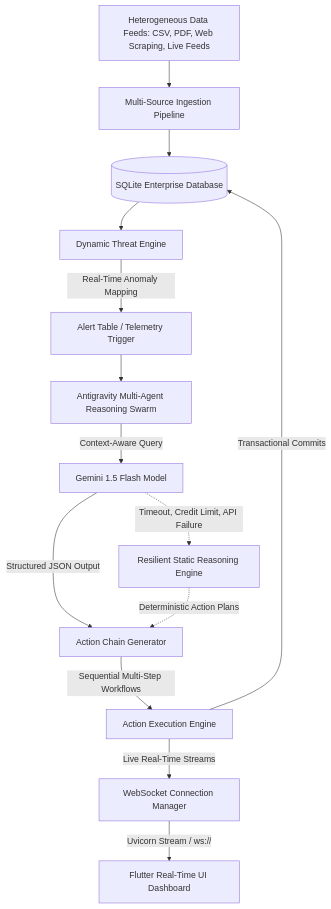
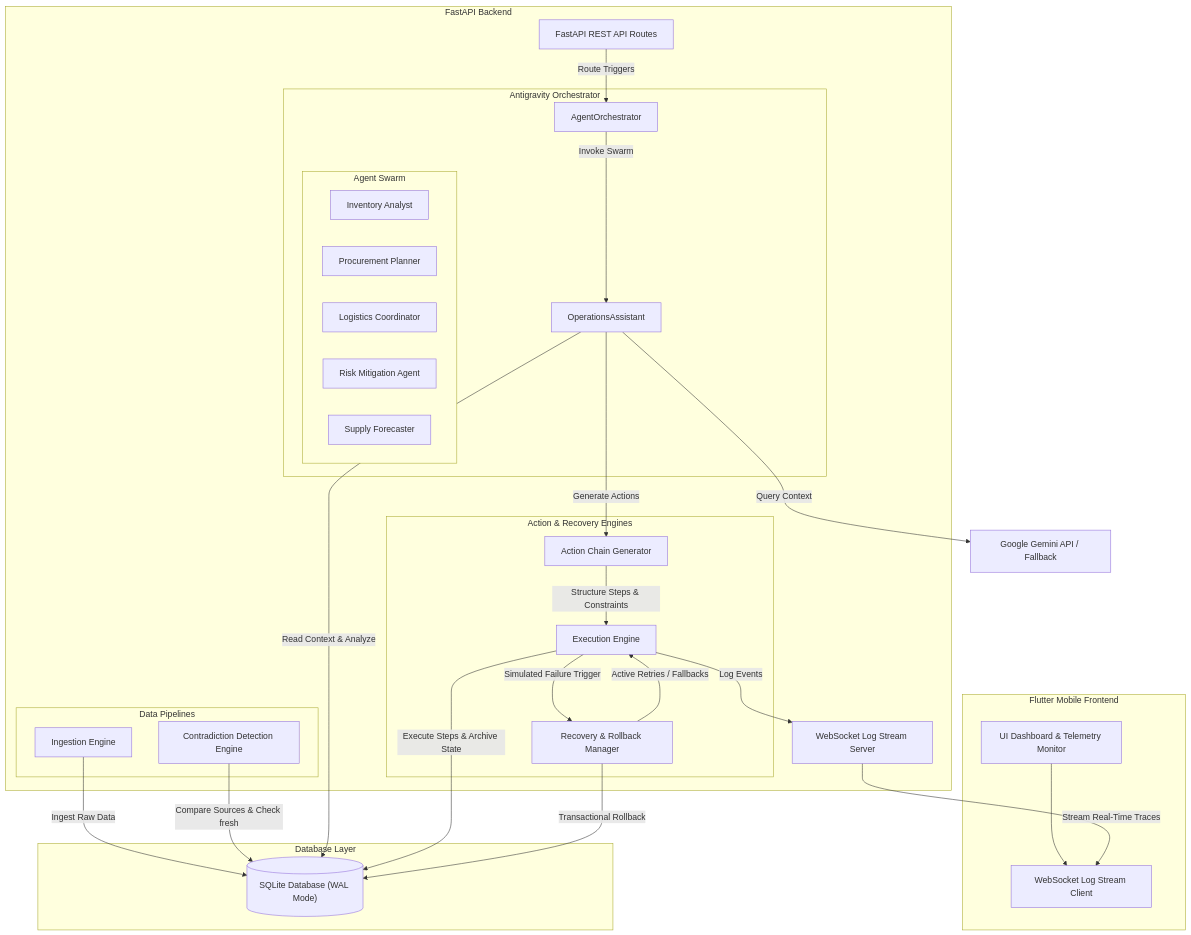
One commit to farhaniftikhar007/Autonomous-Content-To-Action-Agent changed the first of 2 diagrams in README.md. Above: the diagram before and after it, drawn with Mermaid. The commit also changed other lines of this file and 75 other files, not shown here.

Commit message:
feat: complete final autonomous orchestrator, rollback, build fixes, responsive UI polish, and deployment docs

````diff
--- a/README.md
+++ b/README.md
@@ -20,18 +28,57 @@
 ```mermaid
 graph TD
-    A[Heterogeneous Data Feeds: CSV, PDF, Web Scraping, Live Feeds] --> B[Multi-Source Ingestion Pipeline]
-    B --> C[(SQLite Enterprise Database)]
-    C --> D[Dynamic Threat Engine]
-    D -->|Real-Time Anomaly Mapping| E[Alert Table / Telemetry Trigger]
-    E --> F[Antigravity Multi-Agent Reasoning Swarm]
-    F -->|Context-Aware Query | G[Gemini 1.5 Flash Model]
-    G -->|Structured JSON Output| H[Action Chain Generator]
-    H -->|Sequential Multi-Step Workflows| I[Action Execution Engine]
-    I -->|Transactional Commits| C
-    I -->|Live Real-Time Streams| J[WebSocket Connection Manager]
-    J -->|Uvicorn Stream / ws://| K[Flutter Real-Time UI Dashboard]
-    
-    %% Fallback Safety Path
-    G -.->|Timeout, Credit Limit, API Failure| L[Resilient Static Reasoning Engine]
-    L -.->|Deterministic Action Plans| H
+    subgraph Frontend [Flutter Mobile Frontend]
+        UI["UI Dashboard & Telemetry Monitor"]
+        WS_Client["WebSocket Log Stream Client"]
+        UI --> WS_Client
+    end
+
+    subgraph Backend [FastAPI Backend]
+        API["FastAPI REST API Routes"]
+        WS_Server["WebSocket Log Stream Server"]
+        
+        subgraph Orchestration [Antigravity Orchestrator]
+            AO["AgentOrchestrator"]
+            AA["OperationsAssistant"]
+            
+            subgraph Swarm [Agent Swarm]
+                IA["Inventory Analyst"]
+                PP["Procurement Planner"]
+                LC["Logistics Coordinator"]
+                RM["Risk Mitigation Agent"]
+                SF["Supply Forecaster"]
+            end
+        end
+
+        subgraph Pipelines [Data Pipelines]
+            IE["Ingestion Engine"]
+            CD["Contradiction Detection Engine"]
+        end
+
+        subgraph Core_Engine [Action & Recovery Engines]
+            ACG["Action Chain Generator"]
+            EE["Execution Engine"]
+            RRM["Recovery & Rollback Manager"]
+        end
+    end
+
+    subgraph Storage [Database Layer]
+        DB[("SQLite Database (WAL Mode)")]
+    end
+
+    %% Flow connections
+    IE -->|Ingest Raw Data| DB
+    CD -->|Compare Sources & Check fresh| DB
+    API -->|Route Triggers| AO
+    AO -->|Invoke Swarm| AA
+    AA -->|Read Context & Analyze| DB
+    AA -->|Query Context| Gemini_API["Google Gemini API / Fallback"]
+    AA -->|Generate Actions| ACG
+    ACG -->|Structure Steps & Constraints| EE
+    EE -->|Execute Steps & Archive State| DB
+    EE -->|Simulated Failure Trigger| RRM
+    RRM -->|Active Retries / Fallbacks| EE
+    RRM -->|Transactional Rollback| DB
+    EE -->|Log Events| WS_Server
+    WS_Server -->|Stream Real-Time Traces| WS_Client
 ```
````
